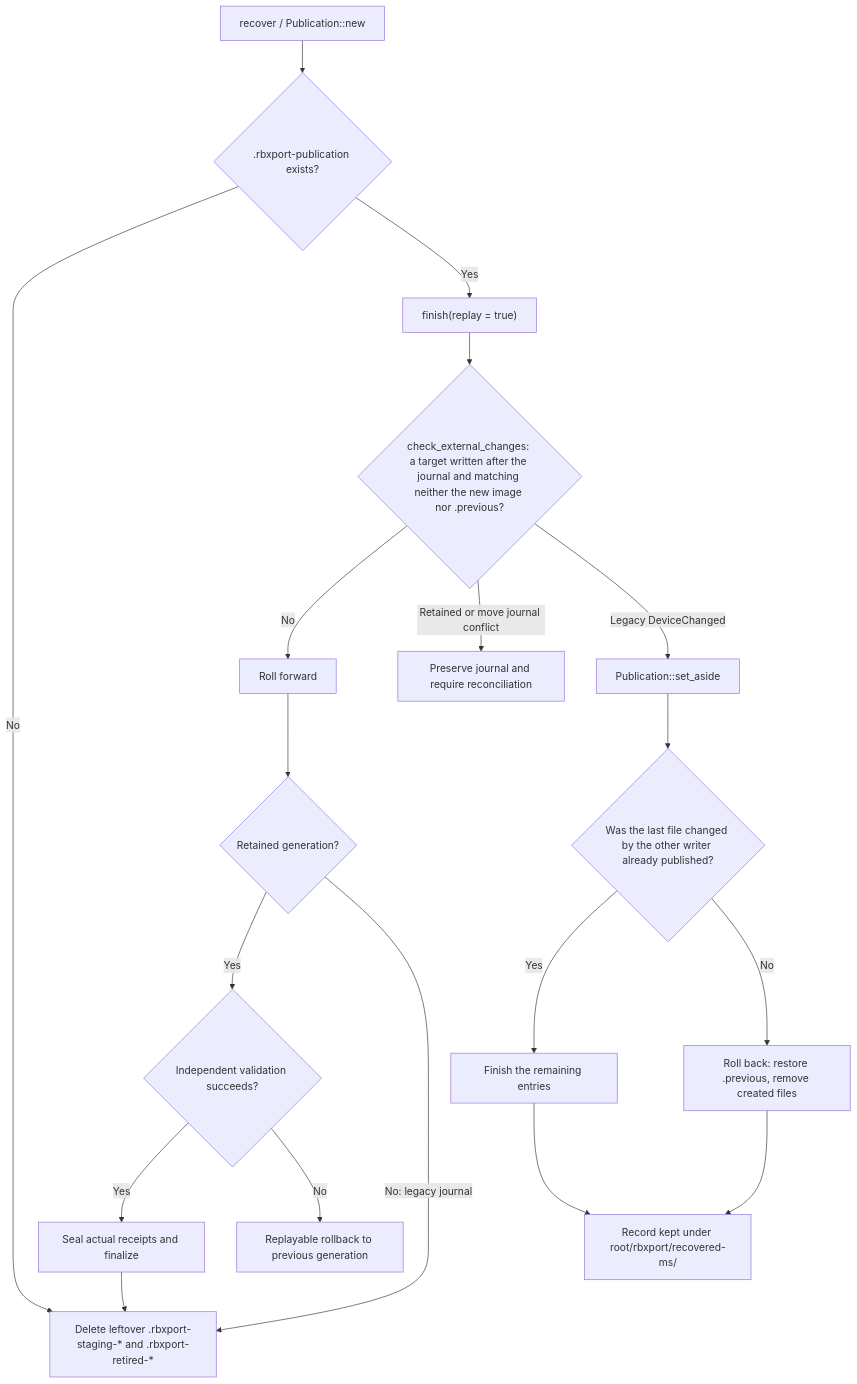
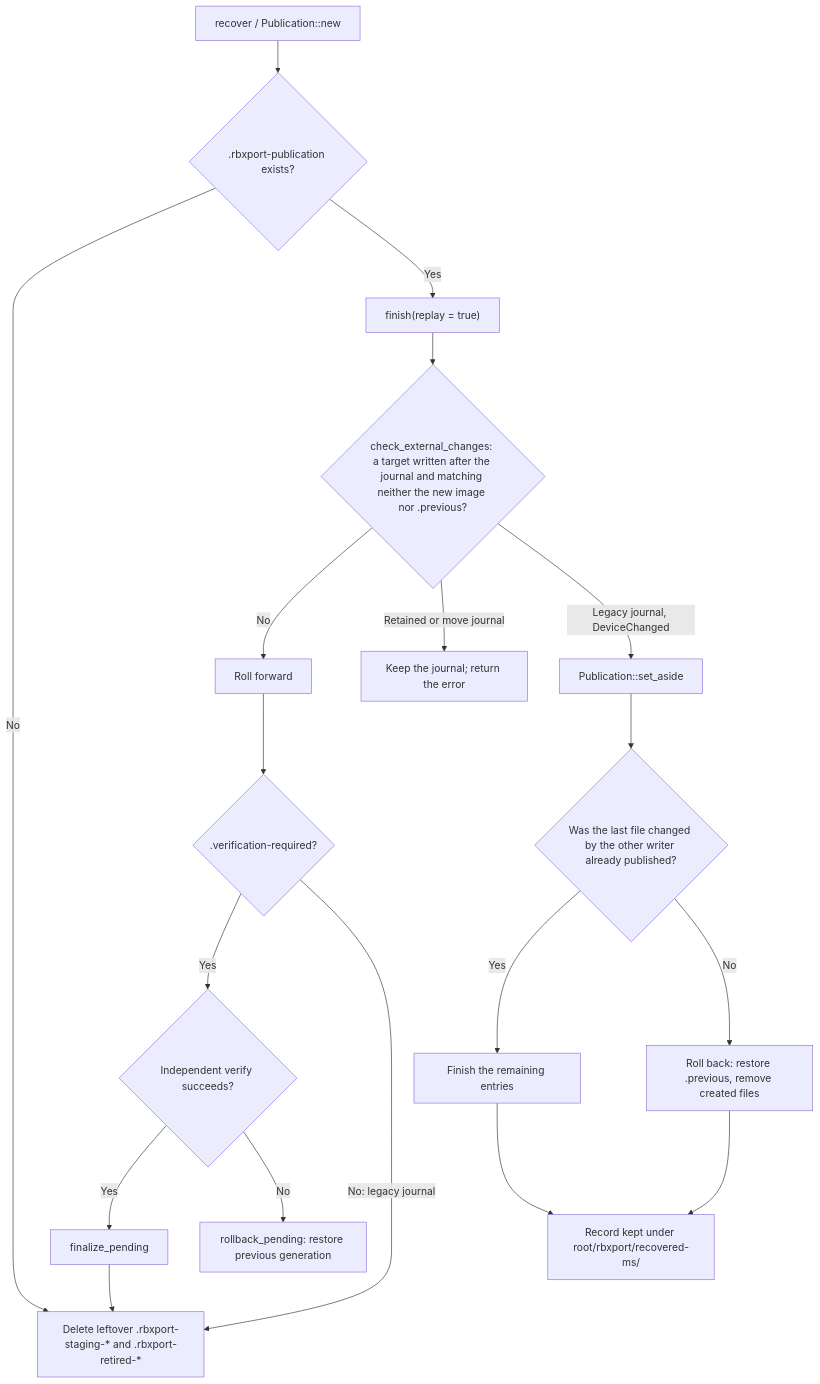
Before and after one commit to Calvin-Zikakis/openbox: the third of 3 diagrams in docs/reference/usb-export-pipeline.md, drawn with Mermaid. The commit also changed other lines of this file and 2 other files, not shown here.

````diff
--- a/docs/reference/usb-export-pipeline.md
+++ b/docs/reference/usb-export-pipeline.md
@@ -651,19 +817,19 @@
 ```mermaid
 flowchart TD
     Start[recover / Publication::new] --> J{.rbxport-publication exists?}
     J -->|No| Clean[Delete leftover .rbxport-staging-* and .rbxport-retired-*]
     J -->|Yes| Replay["finish(replay = true)"]
     Replay --> Ext{check_external_changes: a target written after the journal and matching neither the new image nor .previous?}
-    Ext -->|No| Forward[Roll forward] --> Validate{Retained generation?}
-    Validate -->|Yes| Verified{Independent validation succeeds?}
-    Verified -->|Yes| Seal[Seal actual receipts and finalize] --> Clean
-    Verified -->|No| Rollback[Replayable rollback to previous generation]
+    Ext -->|No| Forward[Roll forward] --> Validate{.verification-required?}
+    Validate -->|Yes| Verified{Independent verify succeeds?}
+    Verified -->|Yes| Seal[finalize_pending] --> Clean
+    Verified -->|No| Rollback[rollback_pending: restore previous generation]
     Validate -->|No: legacy journal| Clean
-    Ext -->|Retained or move journal conflict| Refuse[Preserve journal and require reconciliation]
-    Ext -->|Legacy DeviceChanged| Aside[Publication::set_aside]
+    Ext -->|Retained or move journal| Refuse[Keep the journal; return the error]
+    Ext -->|Legacy journal, DeviceChanged| Aside[Publication::set_aside]
     Aside --> Gen{Was the last file changed by the other writer already published?}
     Gen -->|Yes| Finish[Finish the remaining entries]
     Gen -->|No| Back[Roll back: restore .previous, remove created files]
     Finish --> Keep[Record kept under root/rbxport/recovered-ms/]
     Back --> Keep
 ```
````
